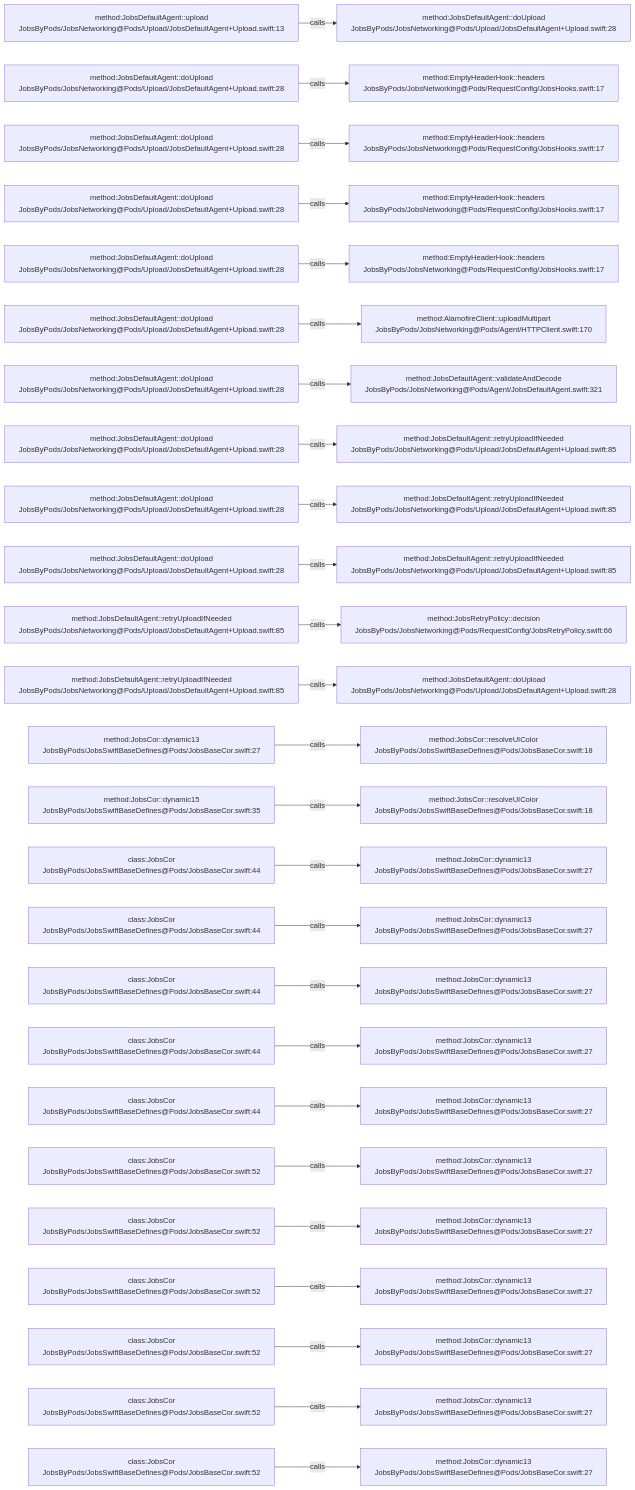
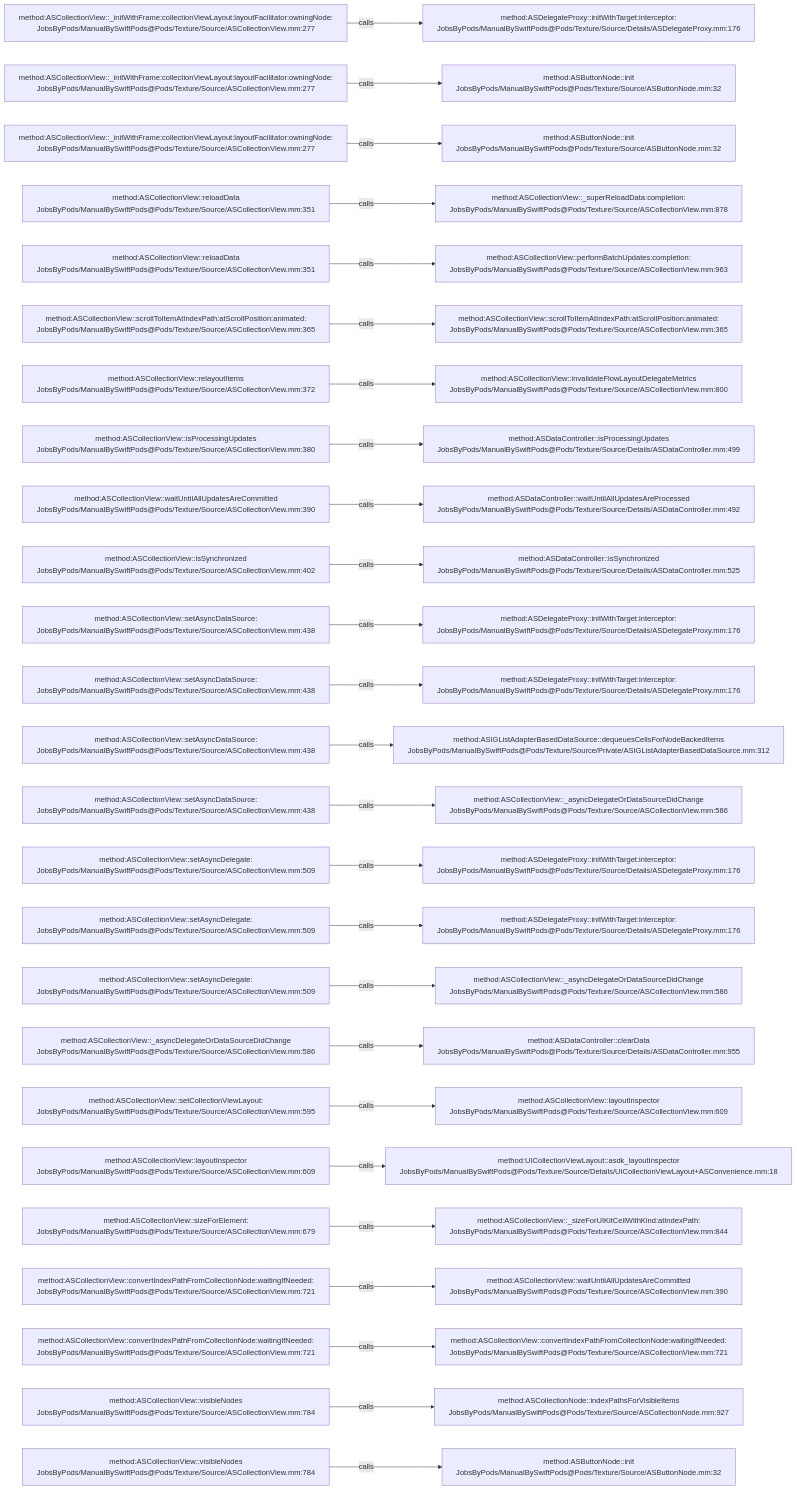
Before and after one commit to JobsKits/JobsSwiftBaseConfigDemo: the diagram in .codegraph/codegraph.md/graphs/calls-011.md, drawn with Mermaid. The commit also changed 832 other files, not shown here.

````diff
--- a/.codegraph/codegraph.md/graphs/calls-011.md
+++ b/.codegraph/codegraph.md/graphs/calls-011.md
@@ -13,78 +13,78 @@
 ```mermaid
 flowchart LR
-  S1["method:JobsDefaultAgent::upload<br/>JobsByPods/JobsNetworking@Pods/Upload/JobsDefaultAgent+Upload.swift:13"]
-  T1["method:JobsDefaultAgent::doUpload<br/>JobsByPods/JobsNetworking@Pods/Upload/JobsDefaultAgent+Upload.swift:28"]
+  S1["method:ASCollectionView::_initWithFrame:collectionViewLayout:layoutFacilitator:owningNode:<br/>JobsByPods/ManualBySwiftPods@Pods/Texture/Source/ASCollectionView.mm:277"]
+  T1["method:ASDelegateProxy::initWithTarget:interceptor:<br/>JobsByPods/ManualBySwiftPods@Pods/Texture/Source/Details/ASDelegateProxy.mm:176"]
   S1 -->|calls| T1
-  S2["method:JobsDefaultAgent::doUpload<br/>JobsByPods/JobsNetworking@Pods/Upload/JobsDefaultAgent+Upload.swift:28"]
-  T2["method:EmptyHeaderHook::headers<br/>JobsByPods/JobsNetworking@Pods/RequestConfig/JobsHooks.swift:17"]
+  S2["method:ASCollectionView::_initWithFrame:collectionViewLayout:layoutFacilitator:owningNode:<br/>JobsByPods/ManualBySwiftPods@Pods/Texture/Source/ASCollectionView.mm:277"]
+  T2["method:ASButtonNode::init<br/>JobsByPods/ManualBySwiftPods@Pods/Texture/Source/ASButtonNode.mm:32"]
   S2 -->|calls| T2
-  S3["method:JobsDefaultAgent::doUpload<br/>JobsByPods/JobsNetworking@Pods/Upload/JobsDefaultAgent+Upload.swift:28"]
-  T3["method:EmptyHeaderHook::headers<br/>JobsByPods/JobsNetworking@Pods/RequestConfig/JobsHooks.swift:17"]
+  S3["method:ASCollectionView::_initWithFrame:collectionViewLayout:layoutFacilitator:owningNode:<br/>JobsByPods/ManualBySwiftPods@Pods/Texture/Source/ASCollectionView.mm:277"]
+  T3["method:ASButtonNode::init<br/>JobsByPods/ManualBySwiftPods@Pods/Texture/Source/ASButtonNode.mm:32"]
   S3 -->|calls| T3
-  S4["method:JobsDefaultAgent::doUpload<br/>JobsByPods/JobsNetworking@Pods/Upload/JobsDefaultAgent+Upload.swift:28"]
-  T4["method:EmptyHeaderHook::headers<br/>JobsByPods/JobsNetworking@Pods/RequestConfig/JobsHooks.swift:17"]
+  S4["method:ASCollectionView::reloadData<br/>JobsByPods/ManualBySwiftPods@Pods/Texture/Source/ASCollectionView.mm:351"]
+  T4["method:ASCollectionView::_superReloadData:completion:<br/>JobsByPods/ManualBySwiftPods@Pods/Texture/Source/ASCollectionView.mm:878"]
   S4 -->|calls| T4
-  S5["method:JobsDefaultAgent::doUpload<br/>JobsByPods/JobsNetworking@Pods/Upload/JobsDefaultAgent+Upload.swift:28"]
-  T5["method:EmptyHeaderHook::headers<br/>JobsByPods/JobsNetworking@Pods/RequestConfig/JobsHooks.swift:17"]
+  S5["method:ASCollectionView::reloadData<br/>JobsByPods/ManualBySwiftPods@Pods/Texture/Source/ASCollectionView.mm:351"]
+  T5["method:ASCollectionView::performBatchUpdates:completion:<br/>JobsByPods/ManualBySwiftPods@Pods/Texture/Source/ASCollectionView.mm:963"]
   S5 -->|calls| T5
-  S6["method:JobsDefaultAgent::doUpload<br/>JobsByPods/JobsNetworking@Pods/Upload/JobsDefaultAgent+Upload.swift:28"]
-  T6["method:AlamofireClient::uploadMultipart<br/>JobsByPods/JobsNetworking@Pods/Agent/HTTPClient.swift:170"]
+  S6["method:ASCollectionView::scrollToItemAtIndexPath:atScrollPosition:animated:<br/>JobsByPods/ManualBySwiftPods@Pods/Texture/Source/ASCollectionView.mm:365"]
+  T6["method:ASCollectionView::scrollToItemAtIndexPath:atScrollPosition:animated:<br/>JobsByPods/ManualBySwiftPods@Pods/Texture/Source/ASCollectionView.mm:365"]
   S6 -->|calls| T6
-  S7["method:JobsDefaultAgent::doUpload<br/>JobsByPods/JobsNetworking@Pods/Upload/JobsDefaultAgent+Upload.swift:28"]
-  T7["method:JobsDefaultAgent::validateAndDecode<br/>JobsByPods/JobsNetworking@Pods/Agent/JobsDefaultAgent.swift:321"]
+  S7["method:ASCollectionView::relayoutItems<br/>JobsByPods/ManualBySwiftPods@Pods/Texture/Source/ASCollectionView.mm:372"]
+  T7["method:ASCollectionView::invalidateFlowLayoutDelegateMetrics<br/>JobsByPods/ManualBySwiftPods@Pods/Texture/Source/ASCollectionView.mm:800"]
   S7 -->|calls| T7
-  S8["method:JobsDefaultAgent::doUpload<br/>JobsByPods/JobsNetworking@Pods/Upload/JobsDefaultAgent+Upload.swift:28"]
-  T8["method:JobsDefaultAgent::retryUploadIfNeeded<br/>JobsByPods/JobsNetworking@Pods/Upload/JobsDefaultAgent+Upload.swift:85"]
+  S8["method:ASCollectionView::isProcessingUpdates<br/>JobsByPods/ManualBySwiftPods@Pods/Texture/Source/ASCollectionView.mm:380"]
+  T8["method:ASDataController::isProcessingUpdates<br/>JobsByPods/ManualBySwiftPods@Pods/Texture/Source/Details/ASDataController.mm:499"]
   S8 -->|calls| T8
-  S9["method:JobsDefaultAgent::doUpload<br/>JobsByPods/JobsNetworking@Pods/Upload/JobsDefaultAgent+Upload.swift:28"]
-  T9["method:JobsDefaultAgent::retryUploadIfNeeded<br/>JobsByPods/JobsNetworking@Pods/Upload/JobsDefaultAgent+Upload.swift:85"]
+  S9["method:ASCollectionView::waitUntilAllUpdatesAreCommitted<br/>JobsByPods/ManualBySwiftPods@Pods/Texture/Source/ASCollectionView.mm:390"]
+  T9["method:ASDataController::waitUntilAllUpdatesAreProcessed<br/>JobsByPods/ManualBySwiftPods@Pods/Texture/Source/Details/ASDataController.mm:492"]
   S9 -->|calls| T9
-  S10["method:JobsDefaultAgent::doUpload<br/>JobsByPods/JobsNetworking@Pods/Upload/JobsDefaultAgent+Upload.swift:28"]
-  T10["method:JobsDefaultAgent::retryUploadIfNeeded<br/>JobsByPods/JobsNetworking@Pods/Upload/JobsDefaultAgent+Upload.swift:85"]
+  S10["method:ASCollectionView::isSynchronized<br/>JobsByPods/ManualBySwiftPods@Pods/Texture/Source/ASCollectionView.mm:402"]
+  T10["method:ASDataController::isSynchronized<br/>JobsByPods/ManualBySwiftPods@Pods/Texture/Source/Details/ASDataController.mm:525"]
   S10 -->|calls| T10
-  S11["method:JobsDefaultAgent::retryUploadIfNeeded<br/>JobsByPods/JobsNetworking@Pods/Upload/JobsDefaultAgent+Upload.swift:85"]
-  T11["method:JobsRetryPolicy::decision<br/>JobsByPods/JobsNetworking@Pods/RequestConfig/JobsRetryPolicy.swift:66"]
+  S11["method:ASCollectionView::setAsyncDataSource:<br/>JobsByPods/ManualBySwiftPods@Pods/Texture/Source/ASCollectionView.mm:438"]
+  T11["method:ASDelegateProxy::initWithTarget:interceptor:<br/>JobsByPods/ManualBySwiftPods@Pods/Texture/Source/Details/ASDelegateProxy.mm:176"]
   S11 -->|calls| T11
-  S12["method:JobsDefaultAgent::retryUploadIfNeeded<br/>JobsByPods/JobsNetworking@Pods/Upload/JobsDefaultAgent+Upload.swift:85"]
-  T12["method:JobsDefaultAgent::doUpload<br/>JobsByPods/JobsNetworking@Pods/Upload/JobsDefaultAgent+Upload.swift:28"]
+  S12["method:ASCollectionView::setAsyncDataSource:<br/>JobsByPods/ManualBySwiftPods@Pods/Texture/Source/ASCollectionView.mm:438"]
+  T12["method:ASDelegateProxy::initWithTarget:interceptor:<br/>JobsByPods/ManualBySwiftPods@Pods/Texture/Source/Details/ASDelegateProxy.mm:176"]
   S12 -->|calls| T12
-  S13["method:JobsCor::dynamic13<br/>JobsByPods/JobsSwiftBaseDefines@Pods/JobsBaseCor.swift:27"]
-  T13["method:JobsCor::resolveUIColor<br/>JobsByPods/JobsSwiftBaseDefines@Pods/JobsBaseCor.swift:18"]
+  S13["method:ASCollectionView::setAsyncDataSource:<br/>JobsByPods/ManualBySwiftPods@Pods/Texture/Source/ASCollectionView.mm:438"]
+  T13["method:ASIGListAdapterBasedDataSource::dequeuesCellsForNodeBackedItems<br/>JobsByPods/ManualBySwiftPods@Pods/Texture/Source/Private/ASIGListAdapterBasedDataSource.mm:312"]
   S13 -->|calls| T13
-  S14["method:JobsCor::dynamic15<br/>JobsByPods/JobsSwiftBaseDefines@Pods/JobsBaseCor.swift:35"]
-  T14["method:JobsCor::resolveUIColor<br/>JobsByPods/JobsSwiftBaseDefines@Pods/JobsBaseCor.swift:18"]
+  S14["method:ASCollectionView::setAsyncDataSource:<br/>JobsByPods/ManualBySwiftPods@Pods/Texture/Source/ASCollectionView.mm:438"]
+  T14["method:ASCollectionView::_asyncDelegateOrDataSourceDidChange<br/>JobsByPods/ManualBySwiftPods@Pods/Texture/Source/ASCollectionView.mm:586"]
   S14 -->|calls| T14
-  S15["class:JobsCor<br/>JobsByPods/JobsSwiftBaseDefines@Pods/JobsBaseCor.swift:44"]
-  T15["method:JobsCor::dynamic13<br/>JobsByPods/JobsSwiftBaseDefines@Pods/JobsBaseCor.swift:27"]
+  S15["method:ASCollectionView::setAsyncDelegate:<br/>JobsByPods/ManualBySwiftPods@Pods/Texture/Source/ASCollectionView.mm:509"]
+  T15["method:ASDelegateProxy::initWithTarget:interceptor:<br/>JobsByPods/ManualBySwiftPods@Pods/Texture/Source/Details/ASDelegateProxy.mm:176"]
   S15 -->|calls| T15
-  S16["class:JobsCor<br/>JobsByPods/JobsSwiftBaseDefines@Pods/JobsBaseCor.swift:44"]
-  T16["method:JobsCor::dynamic13<br/>JobsByPods/JobsSwiftBaseDefines@Pods/JobsBaseCor.swift:27"]
+  S16["method:ASCollectionView::setAsyncDelegate:<br/>JobsByPods/ManualBySwiftPods@Pods/Texture/Source/ASCollectionView.mm:509"]
+  T16["method:ASDelegateProxy::initWithTarget:interceptor:<br/>JobsByPods/ManualBySwiftPods@Pods/Texture/Source/Details/ASDelegateProxy.mm:176"]
   S16 -->|calls| T16
-  S17["class:JobsCor<br/>JobsByPods/JobsSwiftBaseDefines@Pods/JobsBaseCor.swift:44"]
-  T17["method:JobsCor::dynamic13<br/>JobsByPods/JobsSwiftBaseDefines@Pods/JobsBaseCor.swift:27"]
+  S17["method:ASCollectionView::setAsyncDelegate:<br/>JobsByPods/ManualBySwiftPods@Pods/Texture/Source/ASCollectionView.mm:509"]
+  T17["method:ASCollectionView::_asyncDelegateOrDataSourceDidChange<br/>JobsByPods/ManualBySwiftPods@Pods/Texture/Source/ASCollectionView.mm:586"]
   S17 -->|calls| T17
-  S18["class:JobsCor<br/>JobsByPods/JobsSwiftBaseDefines@Pods/JobsBaseCor.swift:44"]
-  T18["method:JobsCor::dynamic13<br/>JobsByPods/JobsSwiftBaseDefines@Pods/JobsBaseCor.swift:27"]
+  S18["method:ASCollectionView::_asyncDelegateOrDataSourceDidChange<br/>JobsByPods/ManualBySwiftPods@Pods/Texture/Source/ASCollectionView.mm:586"]
+  T18["method:ASDataController::clearData<br/>JobsByPods/ManualBySwiftPods@Pods/Texture/Source/Details/ASDataController.mm:955"]
   S18 -->|calls| T18
-  S19["class:JobsCor<br/>JobsByPods/JobsSwiftBaseDefines@Pods/JobsBaseCor.swift:44"]
-  T19["method:JobsCor::dynamic13<br/>JobsByPods/JobsSwiftBaseDefines@Pods/JobsBaseCor.swift:27"]
+  S19["method:ASCollectionView::setCollectionViewLayout:<br/>JobsByPods/ManualBySwiftPods@Pods/Texture/Source/ASCollectionView.mm:595"]
+  T19["method:ASCollectionView::layoutInspector<br/>JobsByPods/ManualBySwiftPods@Pods/Texture/Source/ASCollectionView.mm:609"]
   S19 -->|calls| T19
-  S20["class:JobsCor<br/>JobsByPods/JobsSwiftBaseDefines@Pods/JobsBaseCor.swift:52"]
-  T20["method:JobsCor::dynamic13<br/>JobsByPods/JobsSwiftBaseDefines@Pods/JobsBaseCor.swift:27"]
+  S20["method:ASCollectionView::layoutInspector<br/>JobsByPods/ManualBySwiftPods@Pods/Texture/Source/ASCollectionView.mm:609"]
+  T20["method:UICollectionViewLayout::asdk_layoutInspector<br/>JobsByPods/ManualBySwiftPods@Pods/Texture/Source/Details/UICollectionViewLayout+ASConvenience.mm:18"]
   S20 -->|calls| T20
-  S21["class:JobsCor<br/>JobsByPods/JobsSwiftBaseDefines@Pods/JobsBaseCor.swift:52"]
-  T21["method:JobsCor::dynamic13<br/>JobsByPods/JobsSwiftBaseDefines@Pods/JobsBaseCor.swift:27"]
+  S21["method:ASCollectionView::sizeForElement:<br/>JobsByPods/ManualBySwiftPods@Pods/Texture/Source/ASCollectionView.mm:679"]
+  T21["method:ASCollectionView::_sizeForUIKitCellWithKind:atIndexPath:<br/>JobsByPods/ManualBySwiftPods@Pods/Texture/Source/ASCollectionView.mm:844"]
   S21 -->|calls| T21
-  S22["class:JobsCor<br/>JobsByPods/JobsSwiftBaseDefines@Pods/JobsBaseCor.swift:52"]
-  T22["method:JobsCor::dynamic13<br/>JobsByPods/JobsSwiftBaseDefines@Pods/JobsBaseCor.swift:27"]
+  S22["method:ASCollectionView::convertIndexPathFromCollectionNode:waitingIfNeeded:<br/>JobsByPods/ManualBySwiftPods@Pods/Texture/Source/ASCollectionView.mm:721"]
+  T22["method:ASCollectionView::waitUntilAllUpdatesAreCommitted<br/>JobsByPods/ManualBySwiftPods@Pods/Texture/Source/ASCollectionView.mm:390"]
   S22 -->|calls| T22
-  S23["class:JobsCor<br/>JobsByPods/JobsSwiftBaseDefines@Pods/JobsBaseCor.swift:52"]
-  T23["method:JobsCor::dynamic13<br/>JobsByPods/JobsSwiftBaseDefines@Pods/JobsBaseCor.swift:27"]
+  S23["method:ASCollectionView::convertIndexPathFromCollectionNode:waitingIfNeeded:<br/>JobsByPods/ManualBySwiftPods@Pods/Texture/Source/ASCollectionView.mm:721"]
+  T23["method:ASCollectionView::convertIndexPathFromCollectionNode:waitingIfNeeded:<br/>JobsByPods/ManualBySwiftPods@Pods/Texture/Source/ASCollectionView.mm:721"]
   S23 -->|calls| T23
-  S24["class:JobsCor<br/>JobsByPods/JobsSwiftBaseDefines@Pods/JobsBaseCor.swift:52"]
-  T24["method:JobsCor::dynamic13<br/>JobsByPods/JobsSwiftBaseDefines@Pods/JobsBaseCor.swift:27"]
+  S24["method:ASCollectionView::visibleNodes<br/>JobsByPods/ManualBySwiftPods@Pods/Texture/Source/ASCollectionView.mm:784"]
+  T24["method:ASCollectionNode::indexPathsForVisibleItems<br/>JobsByPods/ManualBySwiftPods@Pods/Texture/Source/ASCollectionNode.mm:927"]
   S24 -->|calls| T24
-  S25["class:JobsCor<br/>JobsByPods/JobsSwiftBaseDefines@Pods/JobsBaseCor.swift:52"]
-  T25["method:JobsCor::dynamic13<br/>JobsByPods/JobsSwiftBaseDefines@Pods/JobsBaseCor.swift:27"]
+  S25["method:ASCollectionView::visibleNodes<br/>JobsByPods/ManualBySwiftPods@Pods/Texture/Source/ASCollectionView.mm:784"]
+  T25["method:ASButtonNode::init<br/>JobsByPods/ManualBySwiftPods@Pods/Texture/Source/ASButtonNode.mm:32"]
   S25 -->|calls| T25
 ```
````
